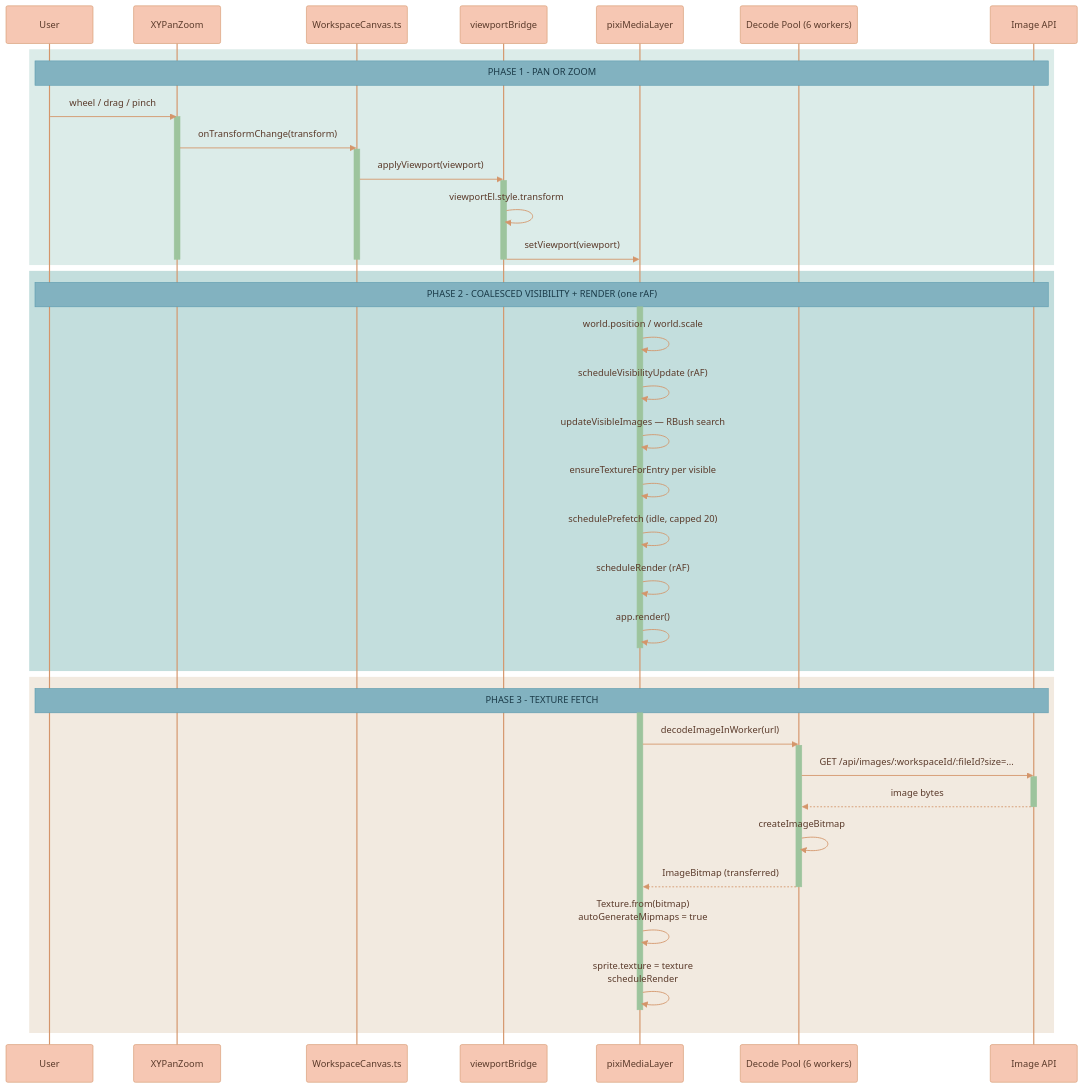
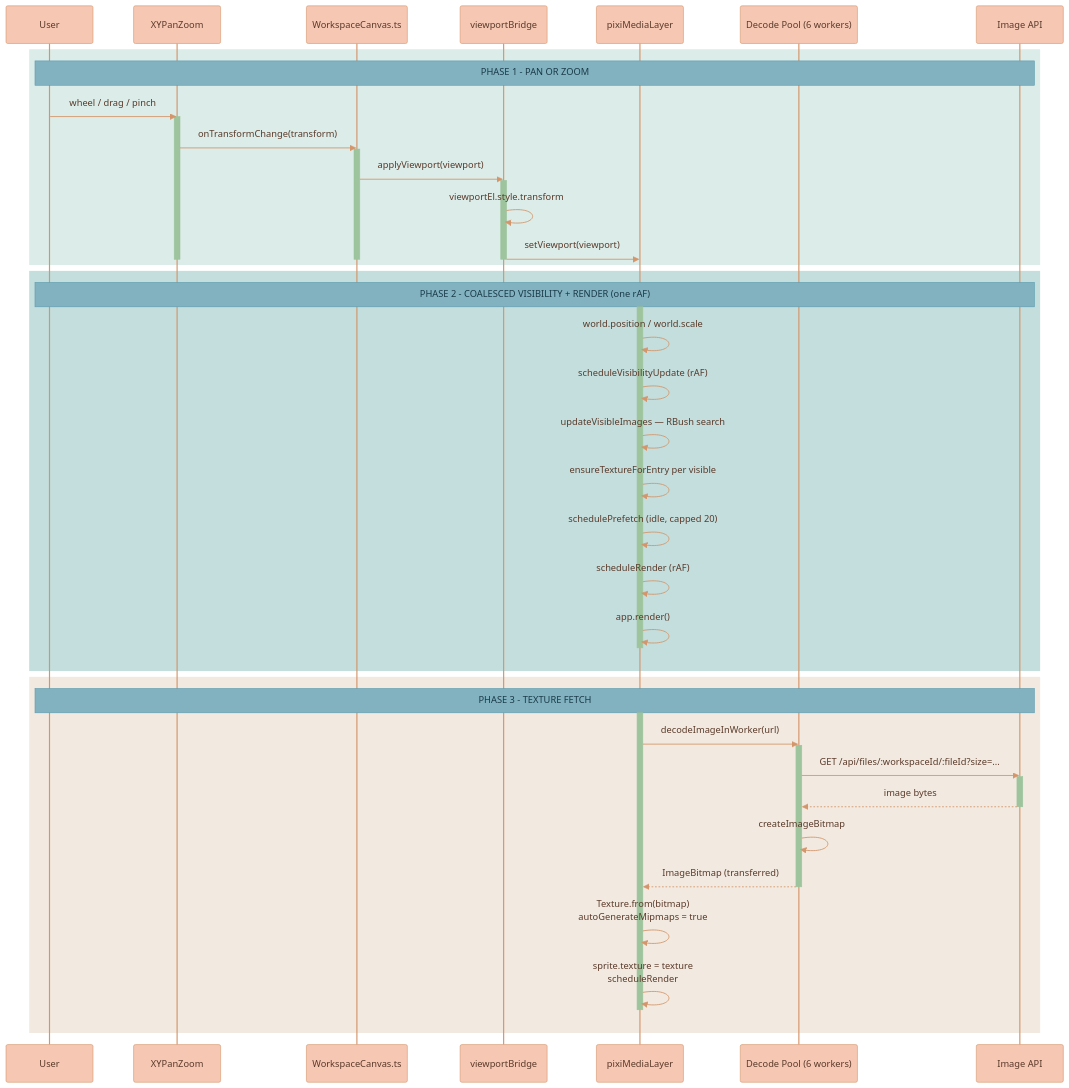
The third of 3 diagrams in documentation/canvas/RENDERING-ENGINE.md (Lixpi/lixpi), drawn with Mermaid before and after one commit. The commit also changed 15 other files, not shown here.

````diff
--- a/documentation/canvas/RENDERING-ENGINE.md
+++ b/documentation/canvas/RENDERING-ENGINE.md
@@ -246,65 +246,65 @@
 ```mermaid
 %%{init: {'theme': 'base', 'themeVariables': { 'noteBkgColor': '#82B2C0', 'noteTextColor': '#1a3a47', 'noteBorderColor': '#5a9aad', 'actorBkg': '#F6C7B3', 'actorBorder': '#d4956a', 'actorTextColor': '#5a3a2a', 'actorLineColor': '#d4956a', 'signalColor': '#d4956a', 'signalTextColor': '#5a3a2a', 'labelBoxBkgColor': '#F6C7B3', 'labelBoxBorderColor': '#d4956a', 'labelTextColor': '#5a3a2a', 'loopTextColor': '#5a3a2a', 'activationBorderColor': '#9DC49D', 'activationBkgColor': '#9DC49D', 'sequenceNumberColor': '#5a3a2a'}}}%%
 sequenceDiagram
     participant User
     participant XY as XYPanZoom
     participant WC as WorkspaceCanvas.ts
     participant VB as viewportBridge
     participant PIXI as pixiMediaLayer
     participant Pool as Decode Pool (6 workers)
     participant API as Image API
 
     %% ═══════════════════════════════════════════════════════════════
     %% PHASE 1: PAN OR ZOOM
     %% ═══════════════════════════════════════════════════════════════
     rect rgb(220, 236, 233)
         Note over User, API: PHASE 1 - PAN OR ZOOM
         User->>XY: wheel / drag / pinch
         activate XY
         XY->>WC: onTransformChange(transform)
         activate WC
         WC->>VB: applyViewport(viewport)
         activate VB
         VB->>VB: viewportEl.style.transform
         VB->>PIXI: setViewport(viewport)
         deactivate VB
         deactivate WC
         deactivate XY
     end
 
     %% ═══════════════════════════════════════════════════════════════
     %% PHASE 2: COALESCED VISIBILITY + RENDER
     %% ═══════════════════════════════════════════════════════════════
     rect rgb(195, 222, 221)
         Note over User, API: PHASE 2 - COALESCED VISIBILITY + RENDER (one rAF)
         activate PIXI
         PIXI->>PIXI: world.position / world.scale
         PIXI->>PIXI: scheduleVisibilityUpdate (rAF)
         PIXI->>PIXI: updateVisibleImages — RBush search
         PIXI->>PIXI: ensureTextureForEntry per visible
         PIXI->>PIXI: schedulePrefetch (idle, capped 20)
         PIXI->>PIXI: scheduleRender (rAF)
         PIXI->>PIXI: app.render()
         deactivate PIXI
     end
 
     %% ═══════════════════════════════════════════════════════════════
     %% PHASE 3: TEXTURE FETCH (only for entries that need a higher tier)
     %% ═══════════════════════════════════════════════════════════════
     rect rgb(242, 234, 224)
         Note over User, API: PHASE 3 - TEXTURE FETCH
         activate PIXI
         PIXI->>Pool: decodeImageInWorker(url)
         activate Pool
-        Pool->>API: GET /api/images/:workspaceId/:fileId?size=...
+        Pool->>API: GET /api/files/:workspaceId/:fileId?size=...
         activate API
         API-->>Pool: image bytes
         deactivate API
         Pool->>Pool: createImageBitmap
         Pool-->>PIXI: ImageBitmap (transferred)
         deactivate Pool
         PIXI->>PIXI: Texture.from(bitmap)<br/>autoGenerateMipmaps = true
         PIXI->>PIXI: sprite.texture = texture<br/>scheduleRender
         deactivate PIXI
     end
 ```
````
